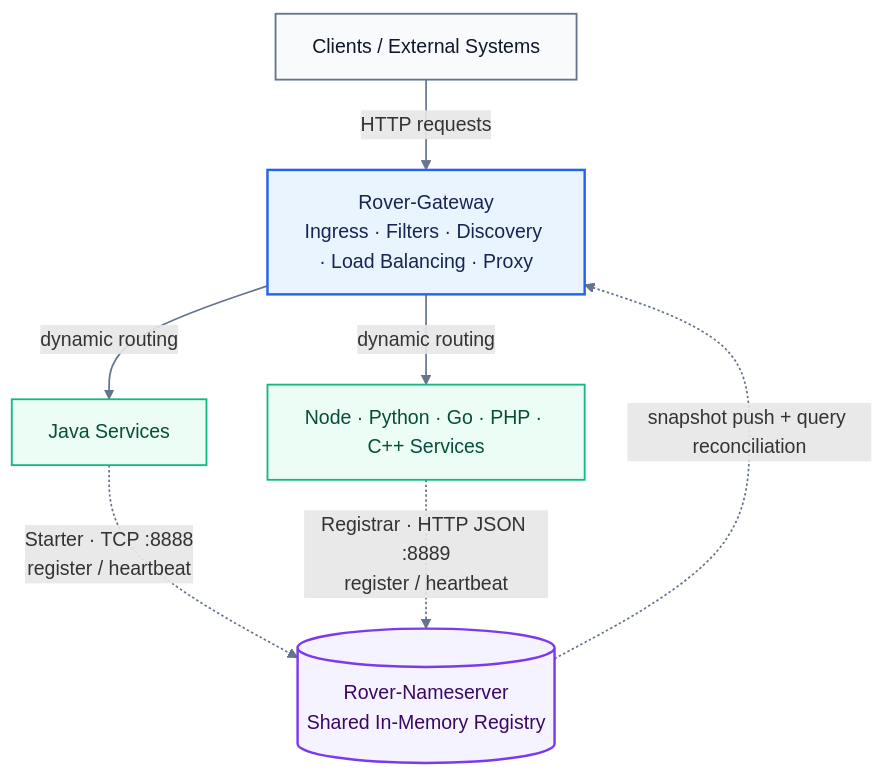
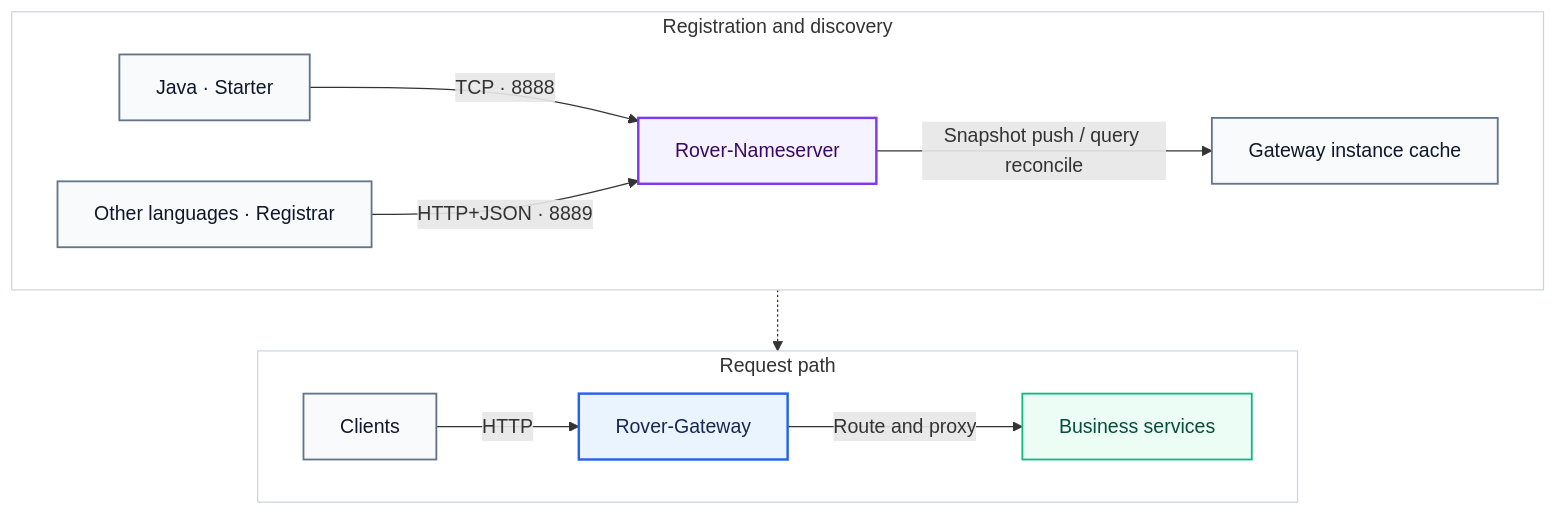
Before and after one commit to zzl-qz/Rover-Suite: the diagram in README.md, drawn with Mermaid. The commit also changed other lines of this file and 7 other files, not shown here.

Commit message:
调整了一下图

````diff
--- a/README.md
+++ b/README.md
@@ -62,25 +62,28 @@
 ```mermaid
 flowchart TB
-    C["Clients / External Systems"]
-    G["Rover-Gateway<br/>Ingress · Filters · Discovery · Load Balancing · Proxy"]
-    J["Java Services"]
-    O["Node · Python · Go · PHP · C++ Services"]
-    N[("Rover-Nameserver<br/>Shared In-Memory Registry")]
+    subgraph Request["Request path"]
+        direction LR
+        C["Clients"] -->|"HTTP"| G["Rover-Gateway"]
+        G -->|"Route and proxy"| S["Business services"]
+    end
 
-    C -->|HTTP requests| G
-    G -->|dynamic routing| J
-    G -->|dynamic routing| O
-    J -.->|Starter · TCP :8888<br/>register / heartbeat| N
-    O -.->|Registrar · HTTP JSON :8889<br/>register / heartbeat| N
-    N -.->|snapshot push + query reconciliation| G
+    subgraph Discovery["Registration and discovery"]
+        direction LR
+        J["Java · Starter"] -->|"TCP · 8888"| N["Rover-Nameserver"]
+        O["Other languages · Registrar"] -->|"HTTP+JSON · 8889"| N
+        N -->|"Snapshot push / query reconcile"| K["Gateway instance cache"]
+    end
 
-    classDef caller fill:#F8FAFC,stroke:#64748B,color:#0F172A,stroke-width:1.5px;
+    K -.-> G
+
+    classDef edge fill:#F8FAFC,stroke:#64748B,color:#0F172A,stroke-width:1.5px;
     classDef gateway fill:#EAF4FF,stroke:#2563EB,color:#172554,stroke-width:2px;
     classDef service fill:#ECFDF5,stroke:#10B981,color:#064E3B,stroke-width:1.5px;
-    classDef nameserver fill:#F5F3FF,stroke:#7C3AED,color:#3B0764,stroke-width:2px;
-    class C caller;
+    classDef registry fill:#F5F3FF,stroke:#7C3AED,color:#3B0764,stroke-width:2px;
+    class C,J,O,K edge;
     class G gateway;
-    class J,O service;
-    class N nameserver;
-    linkStyle default stroke:#64748B,stroke-width:1.4px;
+    class S service;
+    class N registry;
+    style Request fill:#FFFFFF,stroke:#CBD5E1,stroke-width:1px;
+    style Discovery fill:#FFFFFF,stroke:#CBD5E1,stroke-width:1px;
 ```
````
